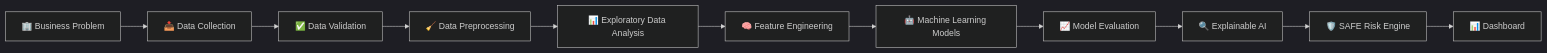
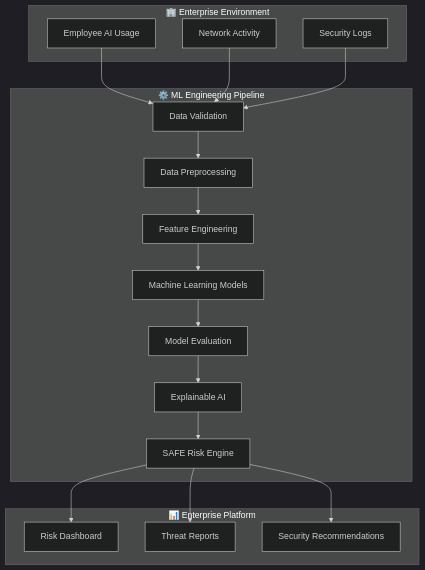
Before and after one commit to k1krrish/SAFE-enterprise: the diagram in README.md, drawn with Mermaid (dark theme). The commit also changed other lines of this file, not shown here.

````diff
--- a/README.md
+++ b/README.md
@@ -61,23 +84,56 @@
 ```mermaid
-flowchart LR
+flowchart TB
 
-A["🏢 Business Problem"] --> B["📥 Data Collection"]
+subgraph Enterprise["🏢 Enterprise Environment"]
 
-B --> C["✅ Data Validation"]
+A["Employee AI Usage"]
 
-C --> D["🧹 Data Preprocessing"]
+B["Network Activity"]
 
-D --> E["📊 Exploratory Data Analysis"]
+C["Security Logs"]
 
-E --> F["🧠 Feature Engineering"]
+end
 
-F --> G["🤖 Machine Learning Models"]
+subgraph Pipeline["⚙️ ML Engineering Pipeline"]
 
-G --> H["📈 Model Evaluation"]
+D["Data Validation"]
 
-H --> I["🔍 Explainable AI"]
+E["Data Preprocessing"]
 
-I --> J["🛡️ SAFE Risk Engine"]
+F["Feature Engineering"]
 
-J --> K["📊 Dashboard"]
+G["Machine Learning Models"]
+
+H["Model Evaluation"]
+
+I["Explainable AI"]
+
+J["SAFE Risk Engine"]
+
+end
+
+subgraph Platform["📊 Enterprise Platform"]
+
+K["Risk Dashboard"]
+
+L["Threat Reports"]
+
+M["Security Recommendations"]
+
+end
+
+A --> D
+B --> D
+C --> D
+
+D --> E
+E --> F
+F --> G
+G --> H
+H --> I
+I --> J
+
+J --> K
+J --> L
+J --> M
 ```
````
